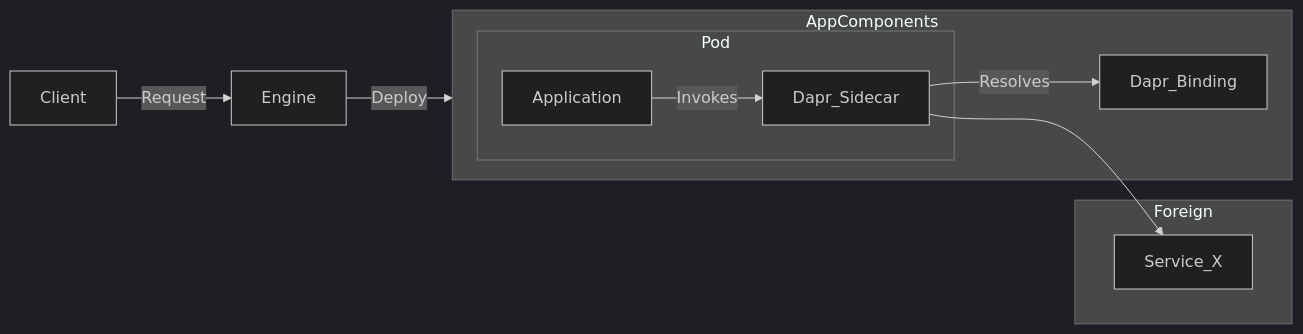
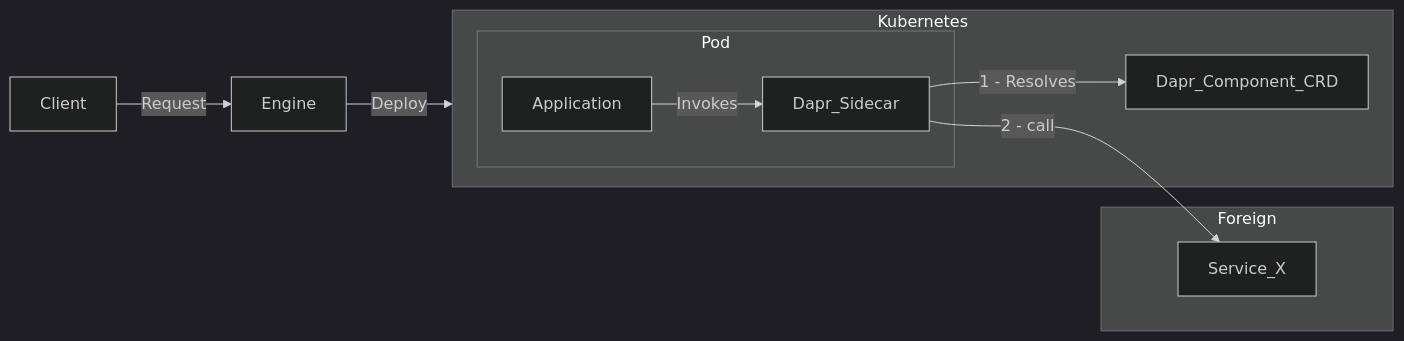
The second of 2 diagrams in resources/2024-10-dapr-bindings.md (radius-project/design-notes), drawn with Mermaid (dark theme) before and after one commit. The commit also changed other lines of this file and 1 other file, not shown here.

First line of the commit message:
Dapr bindings feature spec

````diff
--- a/resources/2024-10-dapr-bindings.md
+++ b/resources/2024-10-dapr-bindings.md
@@ -166,22 +197,22 @@
 ```mermaid
 graph LR
     Client -->|Request| Engine
-    Engine -->|Deploy| AppComponents
+    Engine -->|Deploy| Kubernetes
     Application -->|Invokes| Dapr_Sidecar
-    Dapr_Sidecar -->|Resolves| Dapr_Binding
-    Dapr_Sidecar --> Service_X
+    Dapr_Sidecar -->|1 - Resolves| Dapr_Component_CRD
+    Dapr_Sidecar --> |2 - call| Service_X
 
     subgraph Foreign
         Service_X
     end
 
     subgraph Pod
         Application
         Dapr_Sidecar
     end
 
-    subgraph AppComponents
+    subgraph Kubernetes
         Pod
-        Dapr_Binding
+        Dapr_Component_CRD
     end
 ```	
````
